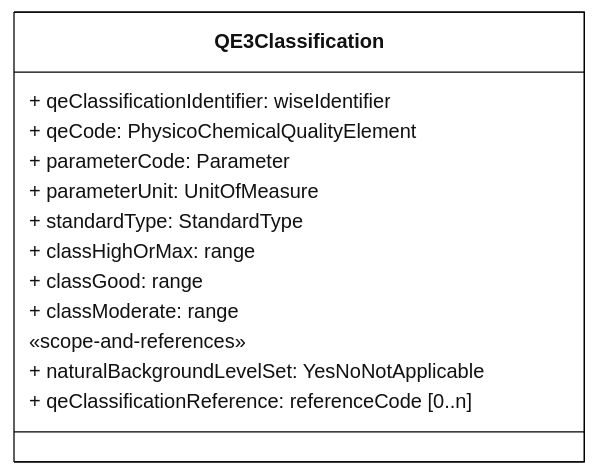
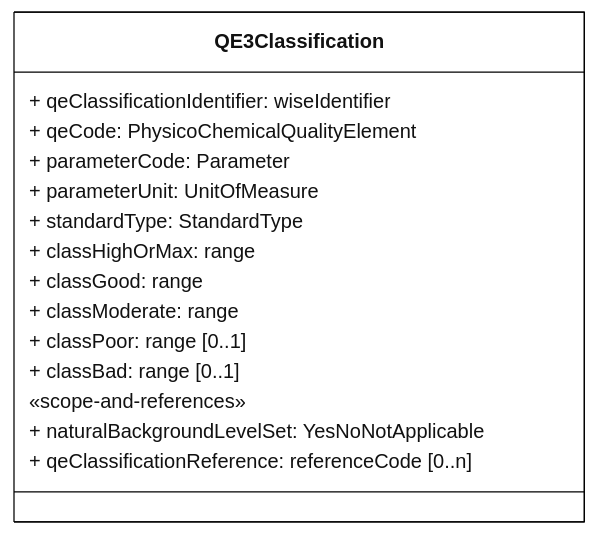
The diagram in docs/DataModelReview/mmd/SurfaceWaterMethodologies_4thCycle_QE3Classification_ClassDiagram.mmd (eeadata/WISE.WFD.Documentation), drawn with Mermaid before and after one commit. The commit also changed 1 other file, not shown here.

```diff
--- a/docs/DataModelReview/mmd/SurfaceWaterMethodologies_4thCycle_QE3Classification_ClassDiagram.mmd
+++ b/docs/DataModelReview/mmd/SurfaceWaterMethodologies_4thCycle_QE3Classification_ClassDiagram.mmd
@@ -1,29 +1,31 @@
 ---
 config:
   class:
     hideEmptyMembersBox: true
   layout: dagre
   theme: neutral
 ---
 classDiagram
 direction LR
 
 class QE3Classification{
 + qeClassificationIdentifier: wiseIdentifier
 + qeCode: PhysicoChemicalQualityElement
 + parameterCode: Parameter
 + parameterUnit: UnitOfMeasure
 + standardType: StandardType
 + classHighOrMax: range
 + classGood: range
 + classModerate: range
++ classPoor: range [0..1]
++ classBad: range [0..1]
 
 «scope-and-references»
 + naturalBackgroundLevelSet: YesNoNotApplicable
 + qeClassificationReference: referenceCode [0..n]
 }
 
 
 classDef default fill:white,stroke:#000;
 classDef forFixing fill:white,stroke:#f00;
 classDef partial fill:lightyellow,stroke:#000;
```
